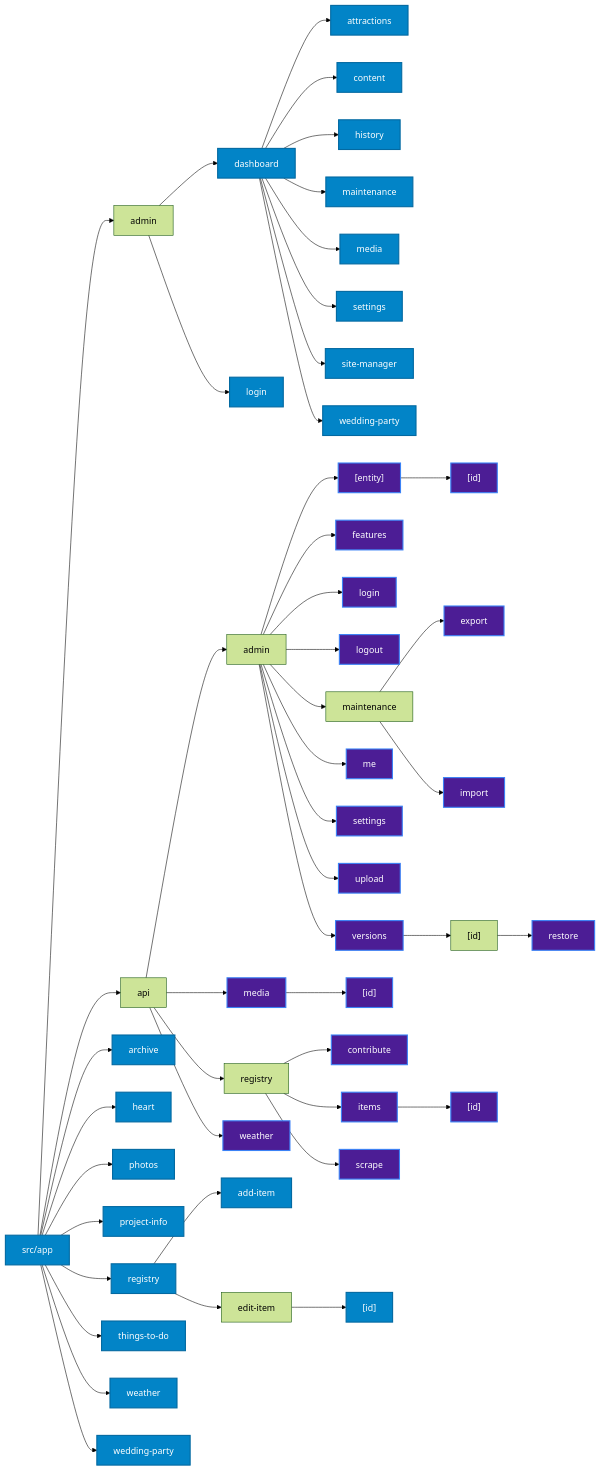
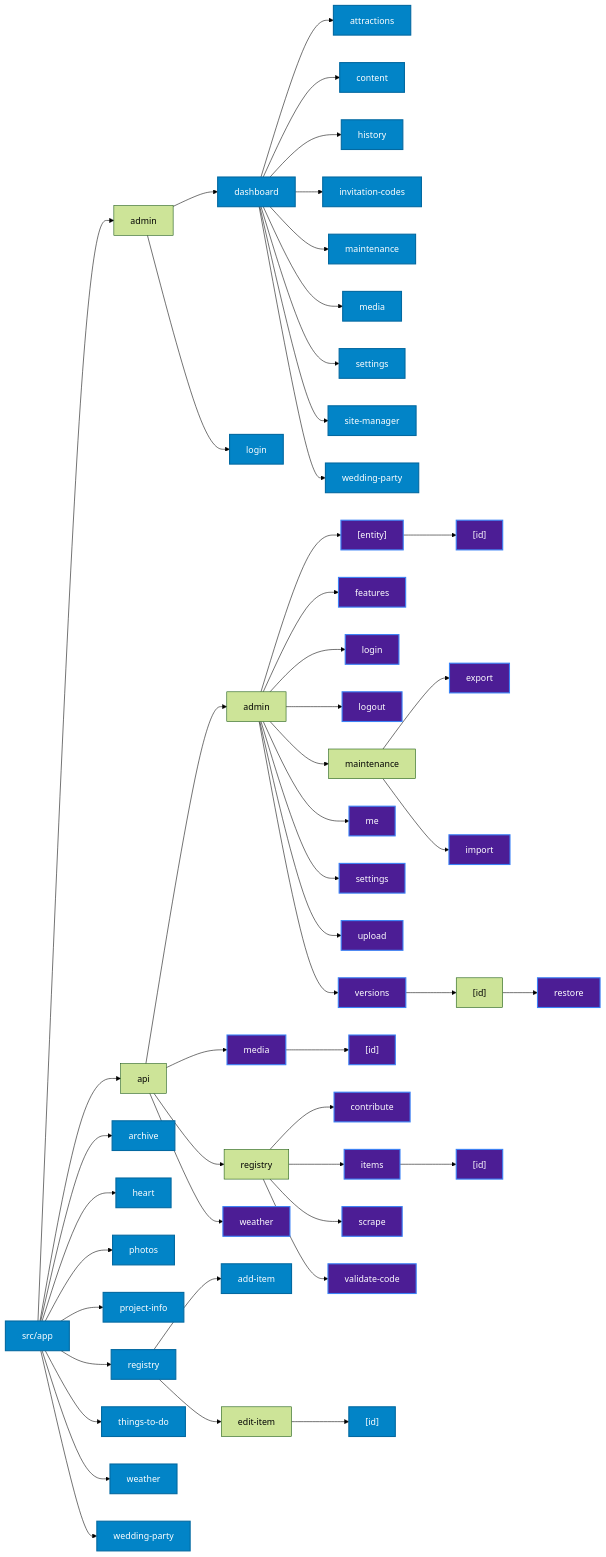
Before and after one commit to fderuiter/wedding_website: the second of 2 diagrams in ARCHITECTURE.md, drawn with Mermaid (forest theme). The commit also changed 2 other files, not shown here.

Commit message:
Fix Prisma Driver Adapter compatibility mismatch during production Next.js builds

```diff
--- a/ARCHITECTURE.md
+++ b/ARCHITECTURE.md
@@ -68,6 +68,7 @@
     node_admin_dashboard_attractions["attractions"]
     node_admin_dashboard_content["content"]
     node_admin_dashboard_history["history"]
+    node_admin_dashboard_invitationcodes["invitation-codes"]
     node_admin_dashboard_maintenance["maintenance"]
     node_admin_dashboard_media["media"]
     node_admin_dashboard_settings["settings"]
@@ -97,6 +98,7 @@
     node_api_registry_items["items"]
     node_api_registry_items_id["[id]"]
     node_api_registry_scrape["scrape"]
+    node_api_registry_validatecode["validate-code"]
     node_api_weather["weather"]
     node_archive["archive"]
     node_heart["heart"]
@@ -114,6 +116,7 @@
     node_admin_dashboard --> node_admin_dashboard_attractions
     node_admin_dashboard --> node_admin_dashboard_content
     node_admin_dashboard --> node_admin_dashboard_history
+    node_admin_dashboard --> node_admin_dashboard_invitationcodes
     node_admin_dashboard --> node_admin_dashboard_maintenance
     node_admin_dashboard --> node_admin_dashboard_media
     node_admin_dashboard --> node_admin_dashboard_settings
@@ -143,6 +146,7 @@
     node_api_registry --> node_api_registry_items
     node_api_registry_items --> node_api_registry_items_id
     node_api_registry --> node_api_registry_scrape
+    node_api_registry --> node_api_registry_validatecode
     node_api --> node_api_weather
     App --> node_archive
     App --> node_heart
@@ -160,6 +164,7 @@
     class node_admin_dashboard_attractions page;
     class node_admin_dashboard_content page;
     class node_admin_dashboard_history page;
+    class node_admin_dashboard_invitationcodes page;
     class node_admin_dashboard_maintenance page;
     class node_admin_dashboard_media page;
     class node_admin_dashboard_settings page;
@@ -184,6 +189,7 @@
     class node_api_registry_items api;
     class node_api_registry_items_id api;
     class node_api_registry_scrape api;
+    class node_api_registry_validatecode api;
     class node_api_weather api;
     class node_archive page;
     class node_heart page;
```
